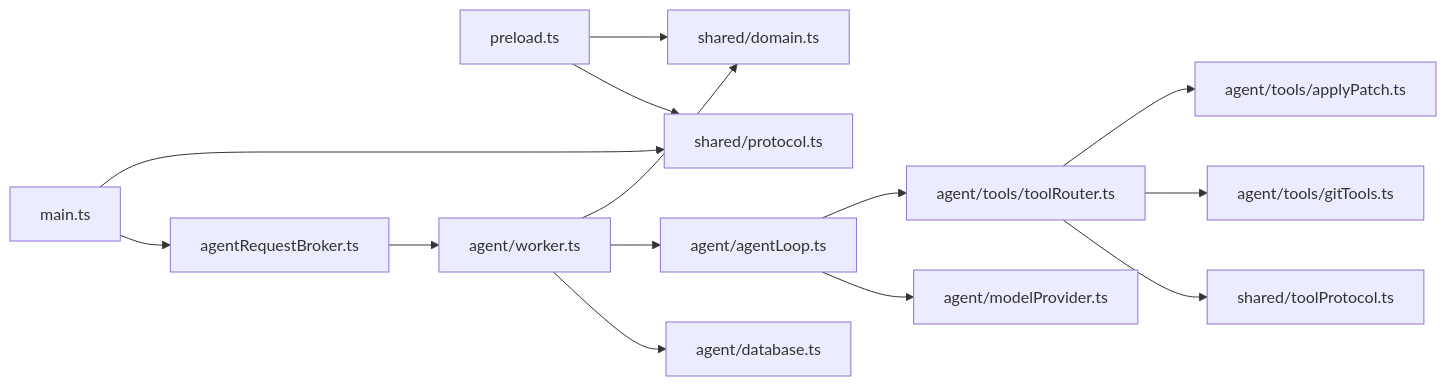
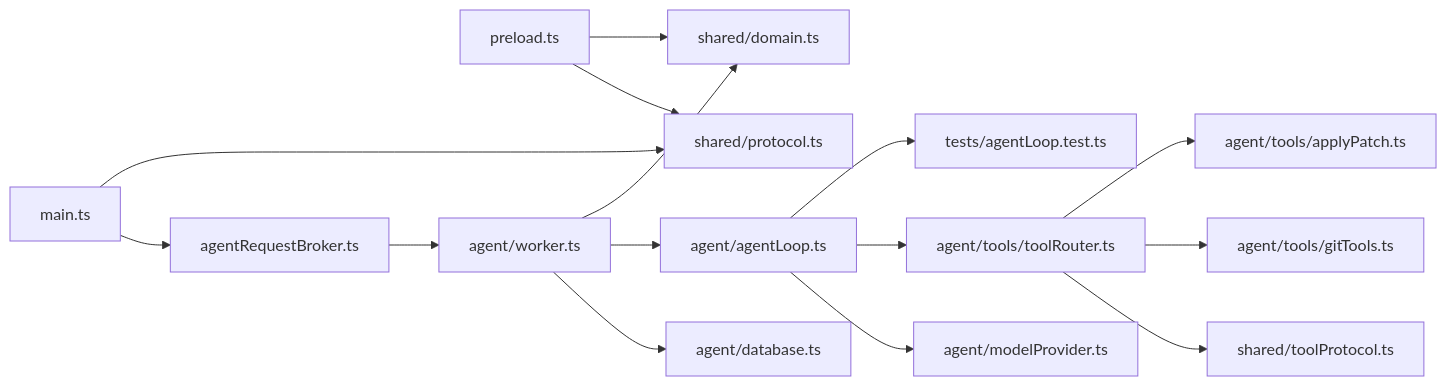
The third of 3 diagrams in .qoder/repowiki/zh/content/核心模块/AI代理系统/AI代理系统.md (dyx-9163/ai-aifar), drawn with Mermaid before and after one commit. The commit also changed other lines of this file and 10 other files, not shown here.

````diff
--- a/.qoder/repowiki/zh/content/核心模块/AI代理系统/AI代理系统.md
+++ b/.qoder/repowiki/zh/content/核心模块/AI代理系统/AI代理系统.md
@@ -282,16 +305,17 @@
 ```mermaid
 graph LR
 MAIN["main.ts"] --> BR["agentRequestBroker.ts"]
 MAIN --> PROTO["shared/protocol.ts"]
 PRELOAD["preload.ts"] --> PROTO
 BR --> WORKER["agent/worker.ts"]
 WORKER --> DB["agent/database.ts"]
 WORKER --> LOOP["agent/agentLoop.ts"]
 LOOP --> PROV["agent/modelProvider.ts"]
 LOOP --> ROUTER["agent/tools/toolRouter.ts"]
 ROUTER --> TPROTO["shared/toolProtocol.ts"]
 ROUTER --> GITTOOLS["agent/tools/gitTools.ts"]
 ROUTER --> PATCH["agent/tools/applyPatch.ts"]
 WORKER --> DOMAIN["shared/domain.ts"]
 PRELOAD --> DOMAIN
+LOOP --> TESTS["tests/agentLoop.test.ts"]
 ```
````
